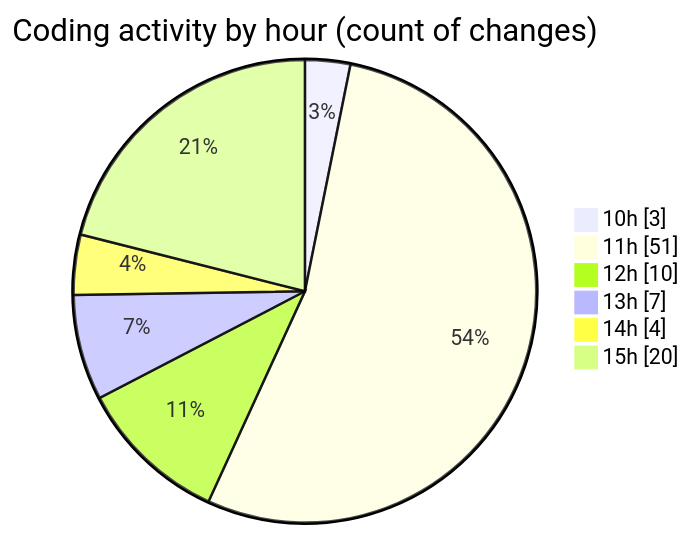
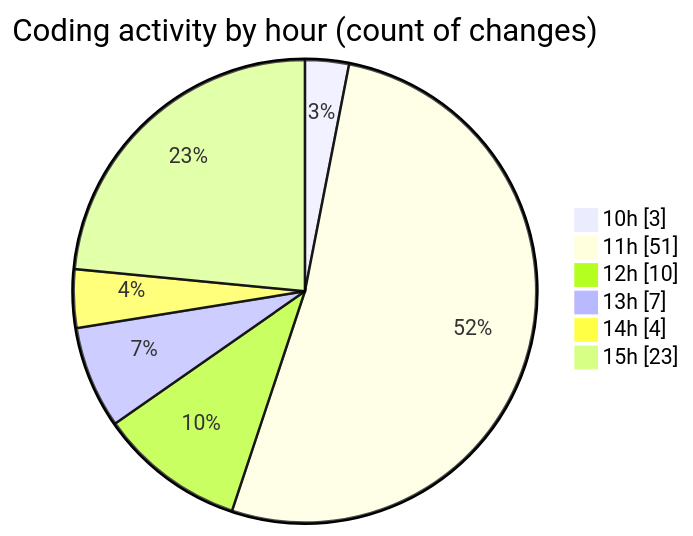
Before and after one commit to nxtqubesakshisongat/code-tracking: the second of 2 diagrams in 2025-07-11/argos/README.md, drawn with Mermaid. The commit also changed other lines of this file and 1 other file, not shown here.

````diff
--- a/2025-07-11/argos/README.md
+++ b/2025-07-11/argos/README.md
@@ -33,10 +33,10 @@
 ```mermaid
 pie showData
 title Coding activity by hour (count of changes)
 "10h" : 3
 "11h" : 51
 "12h" : 10
 "13h" : 7
 "14h" : 4
-"15h" : 20
+"15h" : 23
 ```
````
